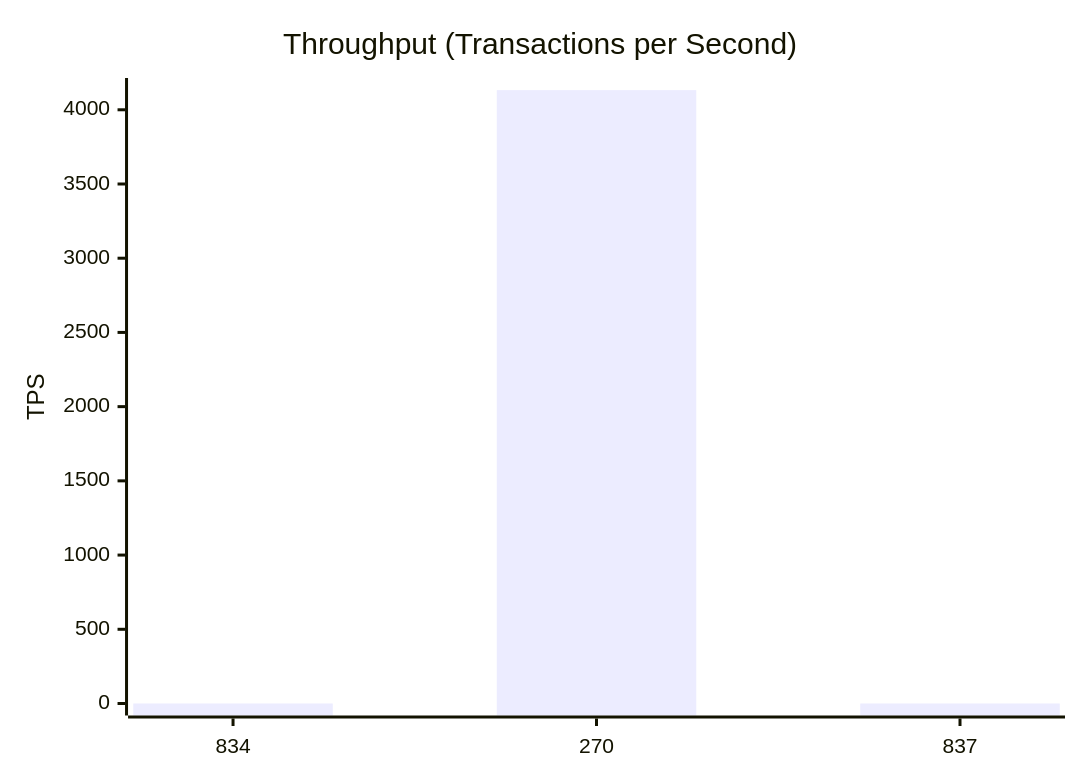
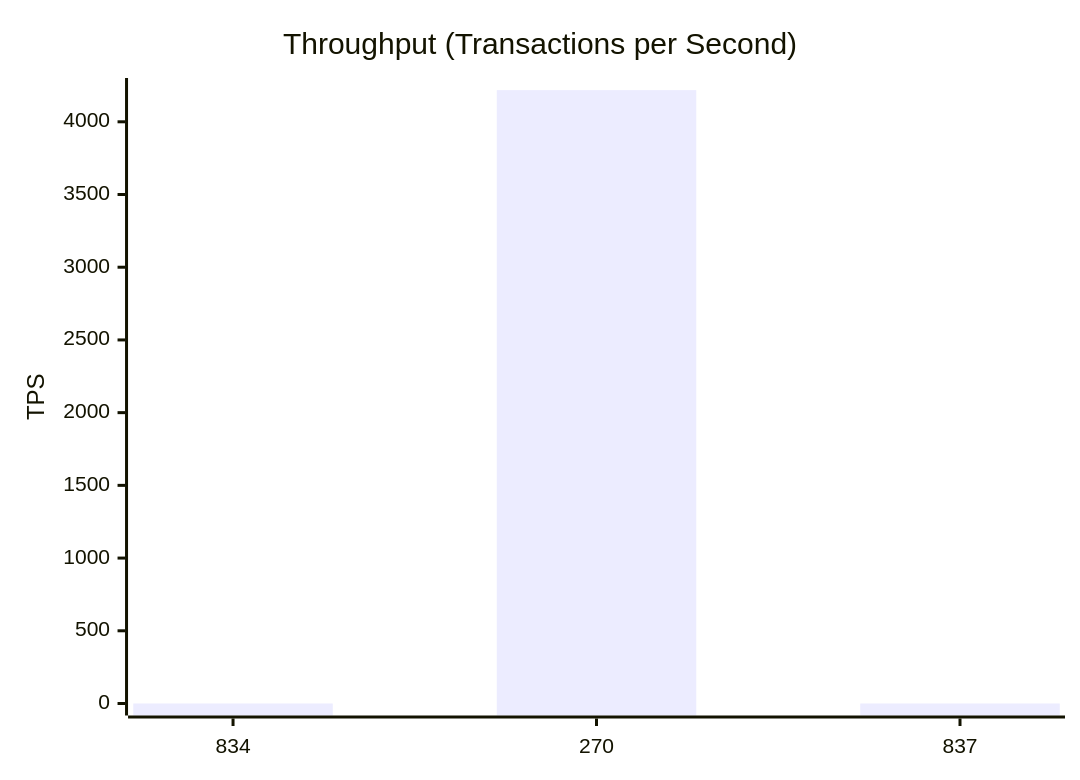
The second of 10 diagrams in test-tools/DataGen/src/Statistics_Visualizer.md (dhagan-va/intern-2025), drawn with Mermaid before and after one commit. The commit also changed other lines of this file and 4 other files, not shown here.

````diff
--- a/test-tools/DataGen/src/Statistics_Visualizer.md
+++ b/test-tools/DataGen/src/Statistics_Visualizer.md
@@ -28,7 +28,7 @@
 ```mermaid
 xychart-beta
     title "Throughput (Transactions per Second)"
     x-axis ["834", "270", "837"]
-    y-axis "TPS" 0 --> 4133.265555913686
-    bar [0.0, 4132.265555913686, 0.0]
+    y-axis "TPS" 0 --> 4218.629692113032
+    bar [0.0, 4217.629692113032, 0.0]
 ```
````
